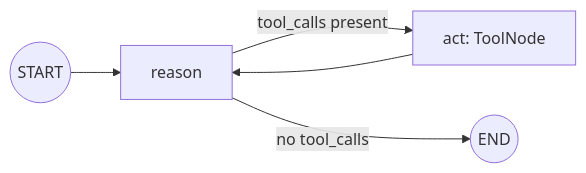
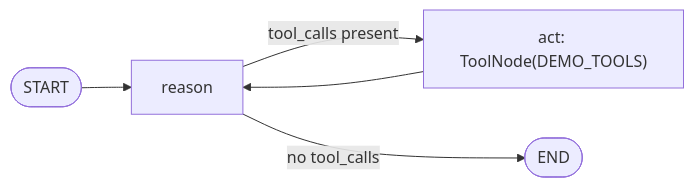
One commit to xergioalex/agent-lab changed the first of 3 diagrams in src/21_react_agent/README.md. Above: the diagram before and after it, drawn with Mermaid. The commit also changed other lines of this file and 64 other files, not shown here.

First line of the commit message:
docs(docs): premium Mermaid diagram pass on all 64 module READMEs

````diff
--- a/src/21_react_agent/README.md
+++ b/src/21_react_agent/README.md
@@ -44,7 +44,7 @@
 ```mermaid
-graph LR
-    START((START)) --> reason[reason]
-    reason -->|tool_calls present| act[act: ToolNode]
-    reason -->|no tool_calls| END((END))
+flowchart LR
+    START(["START"]) --> reason["reason"]
+    reason -->|"tool_calls present"| act["act: ToolNode(DEMO_TOOLS)"]
+    reason -->|"no tool_calls"| END(["END"])
     act --> reason
 ```
````
